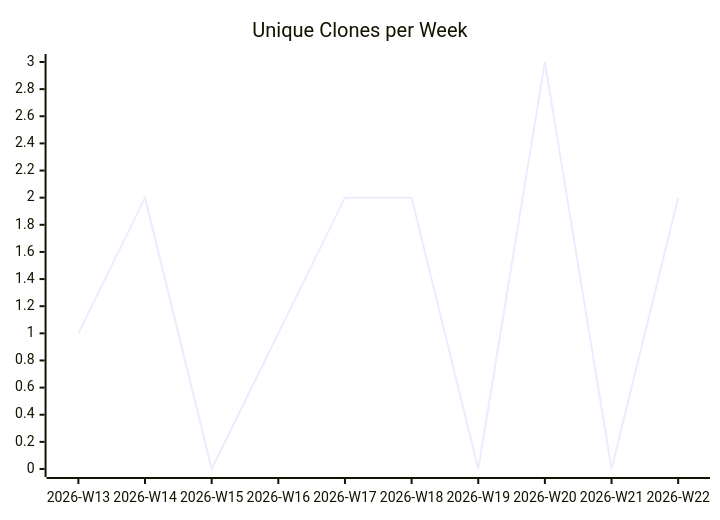
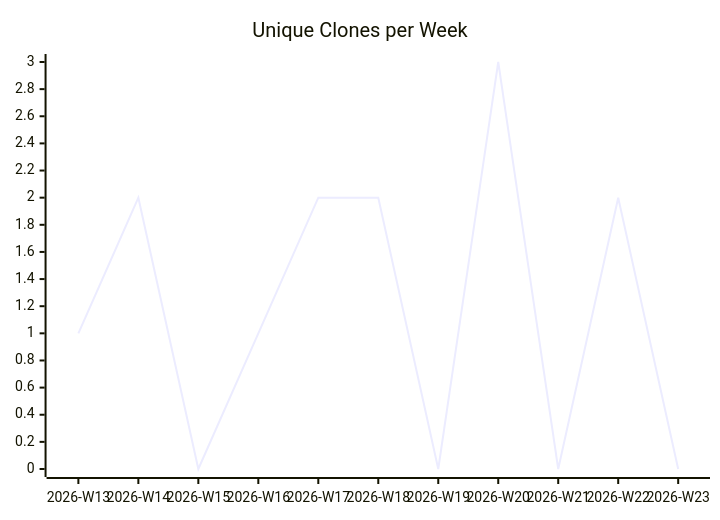
One commit to justdavis-family/github-analytics-data changed the third of 3 diagrams in karlmdavis/hapi-fhir-jpaserver-starter/README.md. Above: the diagram before and after it, drawn with Mermaid. The commit also changed other lines of this file and 186 other files, not shown here.

````diff
--- a/karlmdavis/hapi-fhir-jpaserver-starter/README.md
+++ b/karlmdavis/hapi-fhir-jpaserver-starter/README.md
@@ -19,6 +19,6 @@
 ```mermaid
 xychart-beta
   title "Unique Clones per Week"
-  x-axis ["2026-W13", "2026-W14", "2026-W15", "2026-W16", "2026-W17", "2026-W18", "2026-W19", "2026-W20", "2026-W21", "2026-W22"]
-  line [1, 2, 0, 1, 2, 2, 0, 3, 0, 2]
+  x-axis ["2026-W13", "2026-W14", "2026-W15", "2026-W16", "2026-W17", "2026-W18", "2026-W19", "2026-W20", "2026-W21", "2026-W22", "2026-W23"]
+  line [1, 2, 0, 1, 2, 2, 0, 3, 0, 2, 0]
 ```
````
